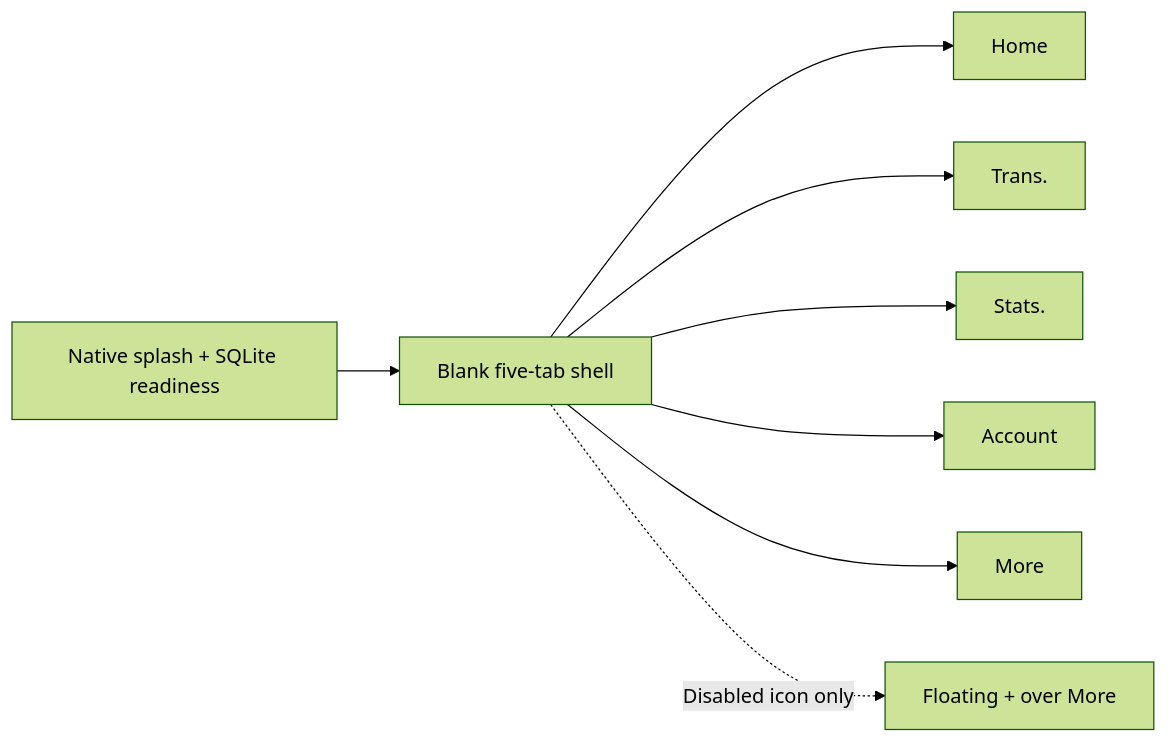
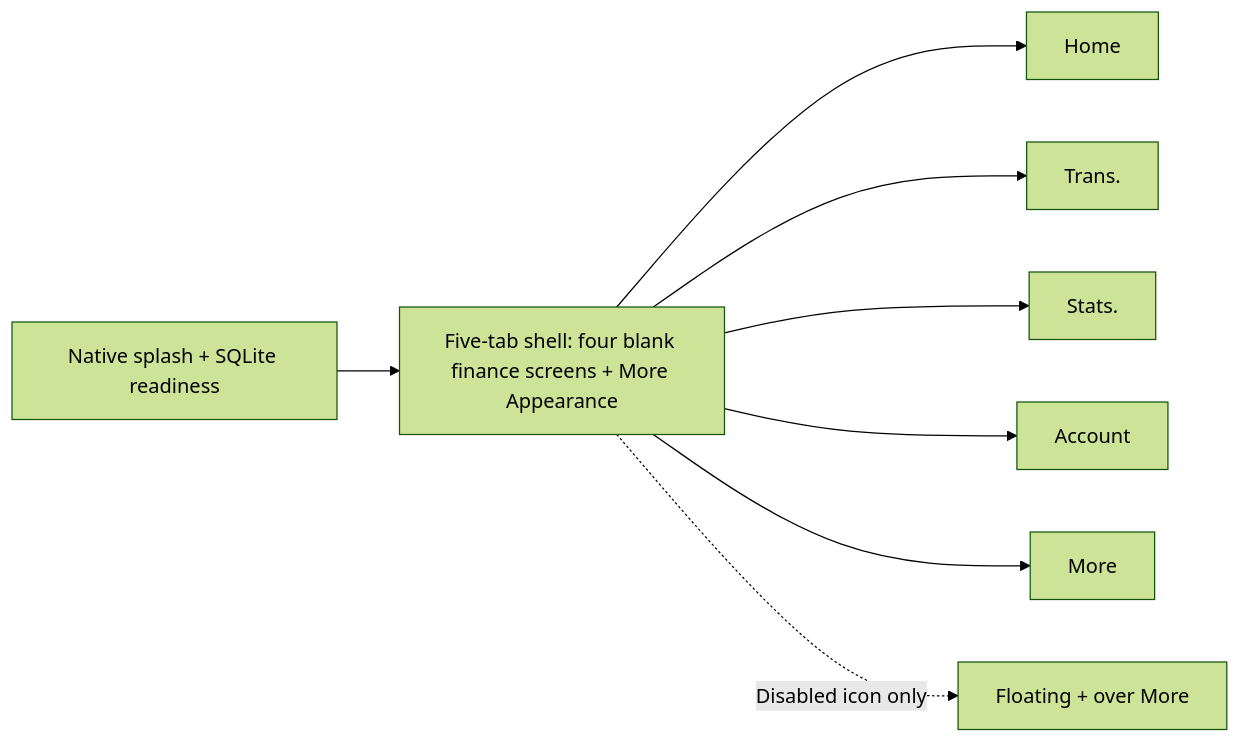
The fourth of 8 diagrams in docs/05-TECH-ARCHITECTURE.md (im-tnyx/Tio-Money), drawn with Mermaid (forest theme) before and after one commit. The commit also changed other lines of this file, not shown here.

Commit message:
docs: reconcile current More Appearance and navigation facts in canonical guides

````diff
--- a/docs/05-TECH-ARCHITECTURE.md
+++ b/docs/05-TECH-ARCHITECTURE.md
@@ -299,10 +299,10 @@
 ```mermaid
 flowchart LR
-  SPLASH["Native splash + SQLite readiness"] --> ROOT["Blank five-tab shell"]
+  SPLASH["Native splash + SQLite readiness"] --> ROOT["Five-tab shell: four blank finance screens + More Appearance"]
   ROOT --> HOME["Home"]
   ROOT --> TRANS["Trans."]
   ROOT --> STATS["Stats."]
   ROOT --> ACCOUNT["Account"]
   ROOT --> MORE["More"]
   ROOT -. "Disabled icon only" .-> PLUS["Floating + over More"]
 ```
````
